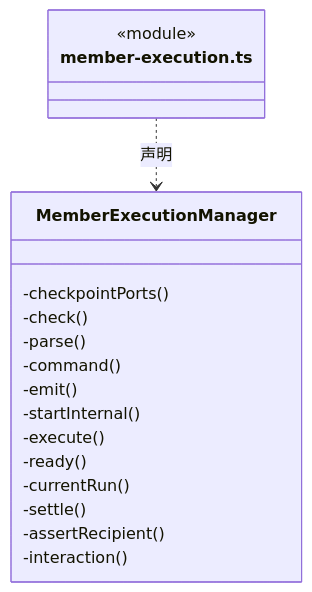
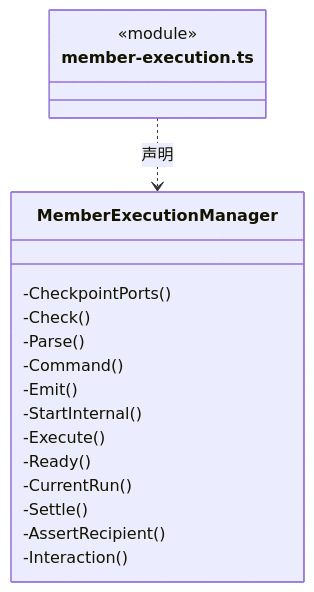
Before and after one commit to nan023062/cbim: the seventh of 16 diagrams in src/logic/team/runtime/ARCHITECTURE.md, drawn with Mermaid. The commit also changed other lines of this file and 1035 other files, not shown here.

````diff
--- a/src/logic/team/runtime/ARCHITECTURE.md
+++ b/src/logic/team/runtime/ARCHITECTURE.md
@@ -189,21 +189,21 @@
 ```mermaid
 classDiagram
 class N_src_logic_team_runtime_member_execution_ts["member-execution.ts"] {
   <<module>>
 }
 class N_src_logic_team_runtime_member_execution_ts_MemberExecutionManager["MemberExecutionManager"] {
-  -checkpointPorts()
-  -check()
-  -parse()
-  -command()
-  -emit()
-  -startInternal()
-  -execute()
-  -ready()
-  -currentRun()
-  -settle()
-  -assertRecipient()
-  -interaction()
+  -CheckpointPorts()
+  -Check()
+  -Parse()
+  -Command()
+  -Emit()
+  -StartInternal()
+  -Execute()
+  -Ready()
+  -CurrentRun()
+  -Settle()
+  -AssertRecipient()
+  -Interaction()
 }
 N_src_logic_team_runtime_member_execution_ts ..> N_src_logic_team_runtime_member_execution_ts_MemberExecutionManager : 声明
 ```
````
